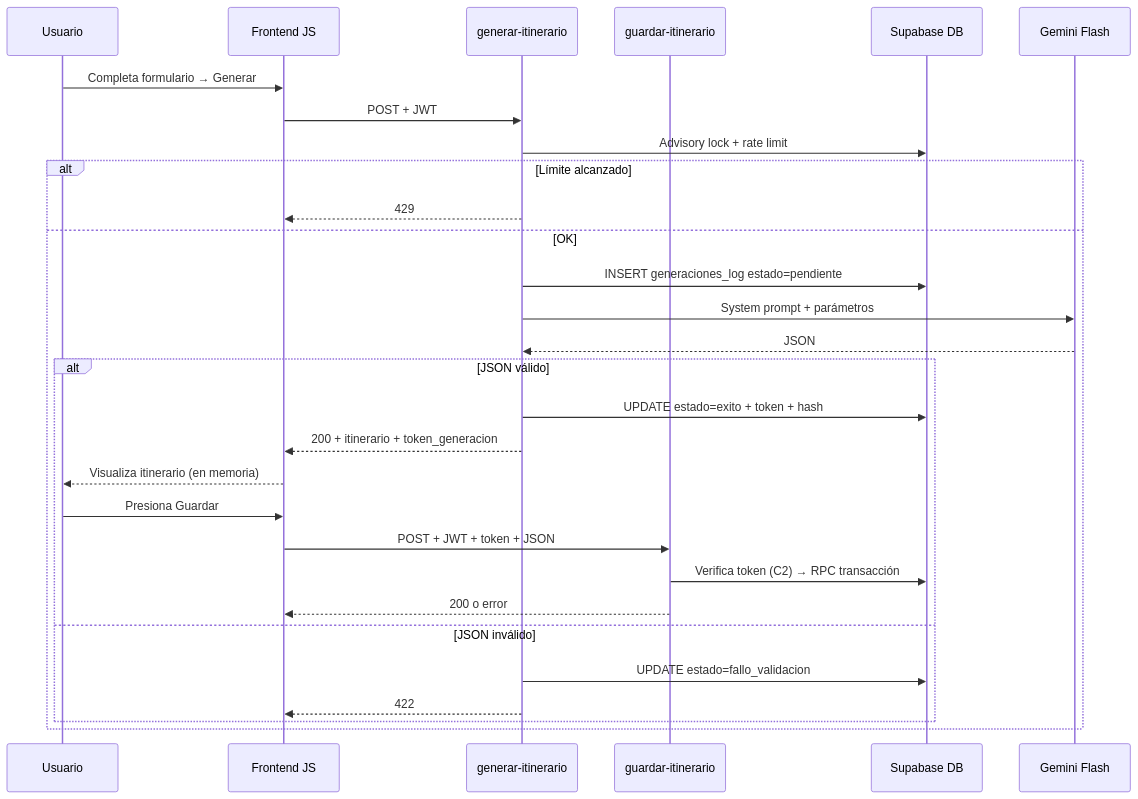
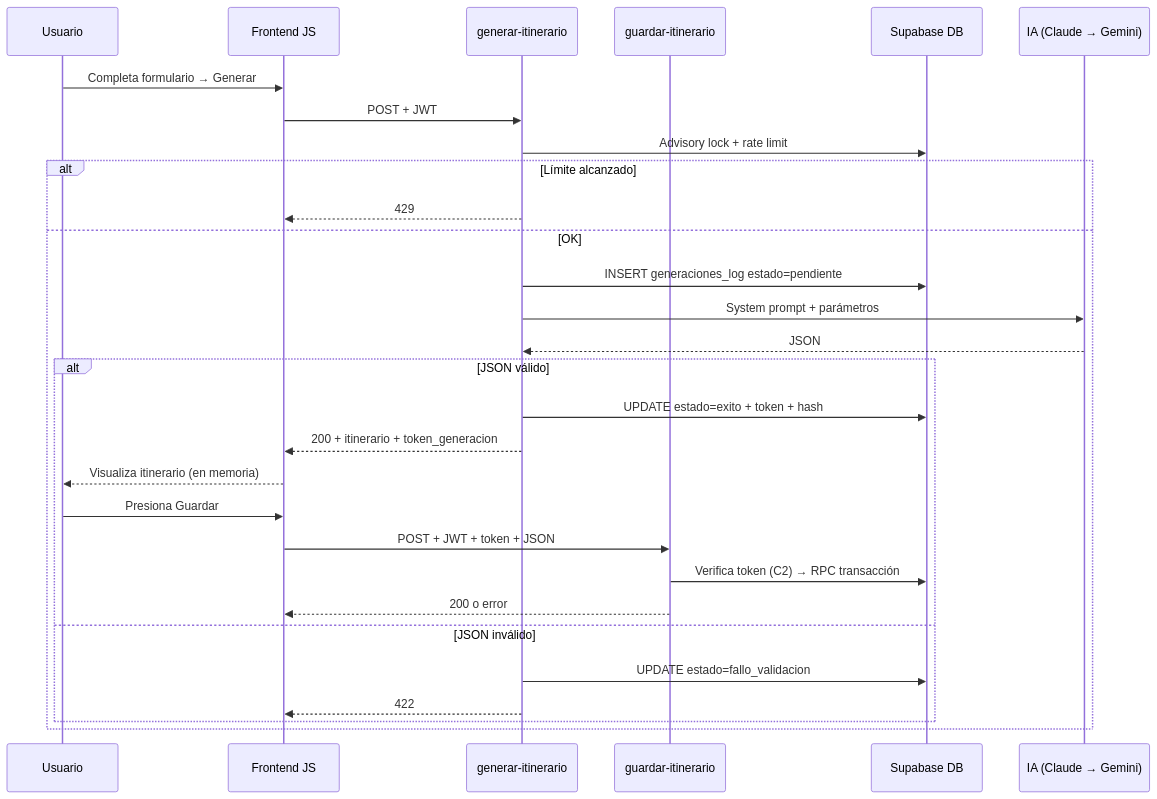
One commit to DanyHuancaG/tripgenius changed the third of 4 diagrams in docs/02_context_engineering/plan_arquitectura.md. Above: the diagram before and after it, drawn with Mermaid. The commit also changed other lines of this file and 4 other files, not shown here.

Commit message:
Docs: Claude como proveedor principal y Gemini de respaldo en los planes

````diff
--- a/docs/02_context_engineering/plan_arquitectura.md
+++ b/docs/02_context_engineering/plan_arquitectura.md
@@ -296,32 +296,32 @@
 ```mermaid
 sequenceDiagram
     participant U as Usuario
     participant FE as Frontend JS
     participant EF1 as generar-itinerario
     participant EF2 as guardar-itinerario
     participant DB as Supabase DB
-    participant GM as Gemini Flash
+    participant GM as IA (Claude → Gemini)
 
     U->>FE: Completa formulario → Generar
     FE->>EF1: POST + JWT
     EF1->>DB: Advisory lock + rate limit
     alt Límite alcanzado
         EF1-->>FE: 429
     else OK
         EF1->>DB: INSERT generaciones_log estado=pendiente
         EF1->>GM: System prompt + parámetros
         GM-->>EF1: JSON
         alt JSON válido
             EF1->>DB: UPDATE estado=exito + token + hash
             EF1-->>FE: 200 + itinerario + token_generacion
             FE-->>U: Visualiza itinerario (en memoria)
             U->>FE: Presiona Guardar
             FE->>EF2: POST + JWT + token + JSON
             EF2->>DB: Verifica token (C2) → RPC transacción
             EF2-->>FE: 200 o error
         else JSON inválido
             EF1->>DB: UPDATE estado=fallo_validacion
             EF1-->>FE: 422
         end
     end
 ```
````
